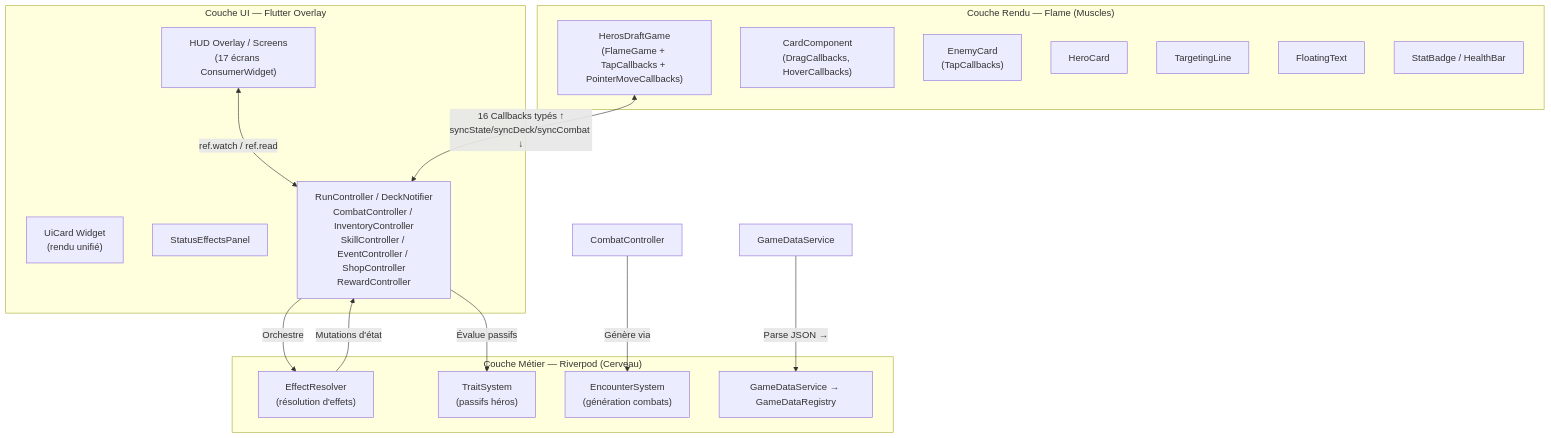
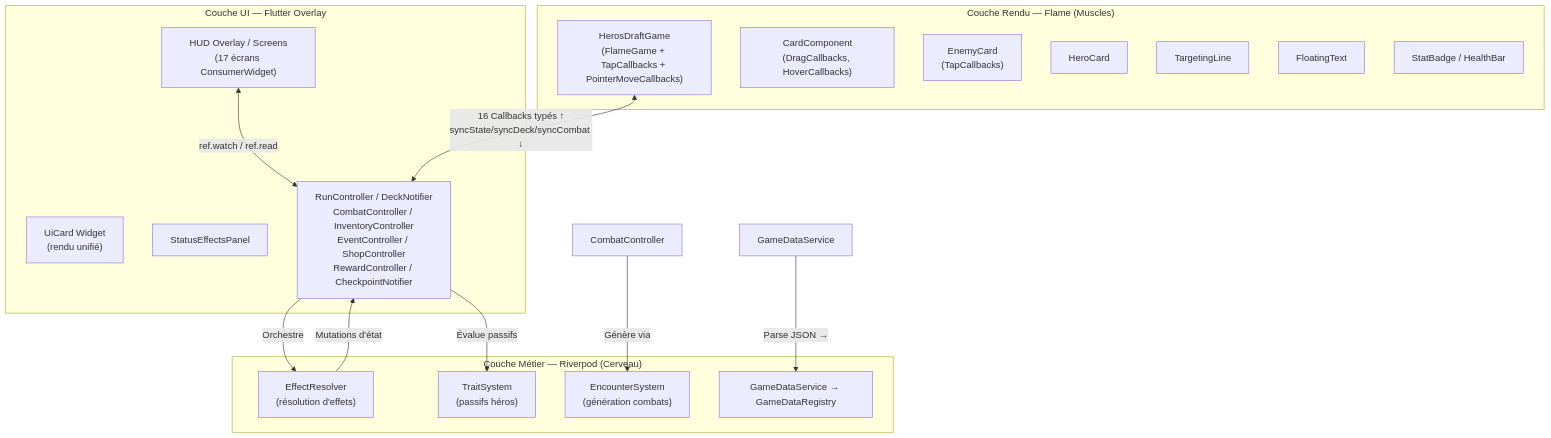
One commit to Hex-Umbra/hero-s-draft changed the diagram in .obsidian_vault/_patterns/01-00-architecture-globale-separation-triangulaire.md. Above: the diagram before and after it, drawn with Mermaid. The commit also changed other lines of this file and 16 other files, not shown here.

````diff
--- a/.obsidian_vault/_patterns/01-00-architecture-globale-separation-triangulaire.md
+++ b/.obsidian_vault/_patterns/01-00-architecture-globale-separation-triangulaire.md
@@ -5,34 +5,34 @@
 ```mermaid
 graph TD
     subgraph "Couche UI — Flutter Overlay"
         UI["HUD Overlay / Screens<br/>(17 écrans ConsumerWidget)"]
         UiCard["UiCard Widget<br/>(rendu unifié)"]
         StatusPanel["StatusEffectsPanel"]
         UI <-->|"ref.watch / ref.read"| RVP
     end
 
     subgraph "Couche Métier — Riverpod (Cerveau)"
-        RVP["RunController / DeckNotifier<br/>CombatController / InventoryController<br/>SkillController / EventController / ShopController<br/>RewardController"]
+        RVP["RunController / DeckNotifier<br/>CombatController / InventoryController<br/>EventController / ShopController<br/>RewardController / CheckpointNotifier"]
         ER["EffectResolver<br/>(résolution d'effets)"]
         TS["TraitSystem<br/>(passifs héros)"]
         ES["EncounterSystem<br/>(génération combats)"]
         GD["GameDataService → GameDataRegistry"]
     end
 
     subgraph "Couche Rendu — Flame (Muscles)"
         Game["HerosDraftGame<br/>(FlameGame + TapCallbacks + PointerMoveCallbacks)"]
         CardComp["CardComponent<br/>(DragCallbacks, HoverCallbacks)"]
         EnemyComp["EnemyCard<br/>(TapCallbacks)"]
         HeroComp["HeroCard"]
         TargetLine["TargetingLine"]
         FloatText["FloatingText"]
         StatBdg["StatBadge / HealthBar"]
     end
 
     RVP -->|"Orchestre"| ER
     RVP -->|"Évalue passifs"| TS
     CombatCtrl["CombatController"] -->|"Génère via"| ES
     GameDataService -->|"Parse JSON →"| GD
     ER -->|"Mutations d'état"| RVP
     Game <-->|"16 Callbacks typés ↑<br/>syncState/syncDeck/syncCombat ↓"| RVP
 ```
````
